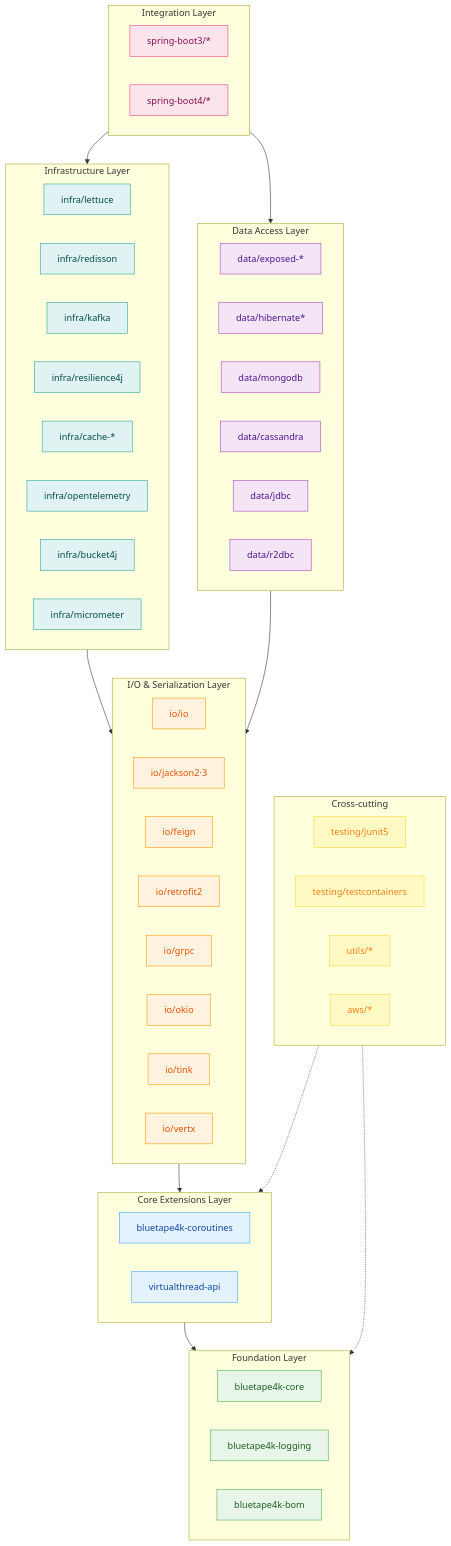
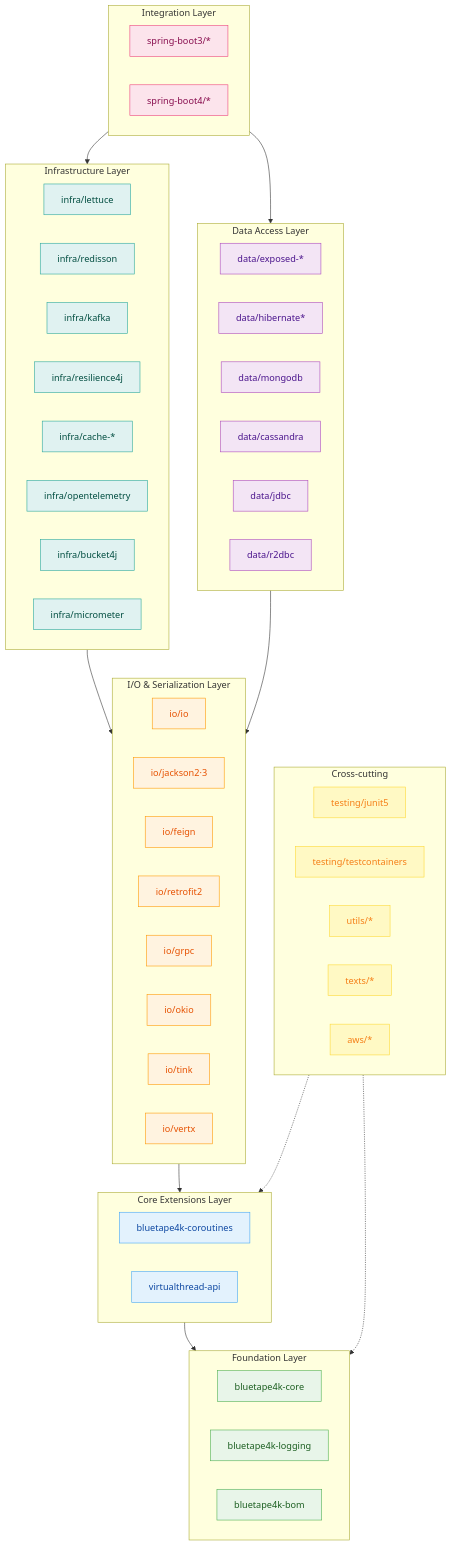
The diagram in README.md (bluetape4k/bluetape4k-projects), drawn with Mermaid before and after one commit. The commit also changed other lines of this file and 1 other file, not shown here.

Commit message:
docs: 루트 README.md/ko.md에 texts/** 모듈 그룹 추가 및 x-obsoleted 섹션 업데이트

````diff
--- a/README.md
+++ b/README.md
@@ -121,6 +121,7 @@
         JUNIT["testing/junit5"]
         TC["testing/testcontainers"]
         UTILS["utils/*"]
+        TEXTS["texts/*"]
         AWS["aws/*"]
     end
 
@@ -147,5 +148,5 @@
     class EXP,HIB,MONGO,CASS,JDBC,R2DBC dataLayer
     class LETTUCE,REDISSON,KAFKA,R4J,CACHE,OTEL,BUCKET,MICRO infraLayer
     class SB3,SB4 intLayer
-    class JUNIT,TC,UTILS,AWS crossLayer
+    class JUNIT,TC,UTILS,TEXTS,AWS crossLayer
 ```
````
